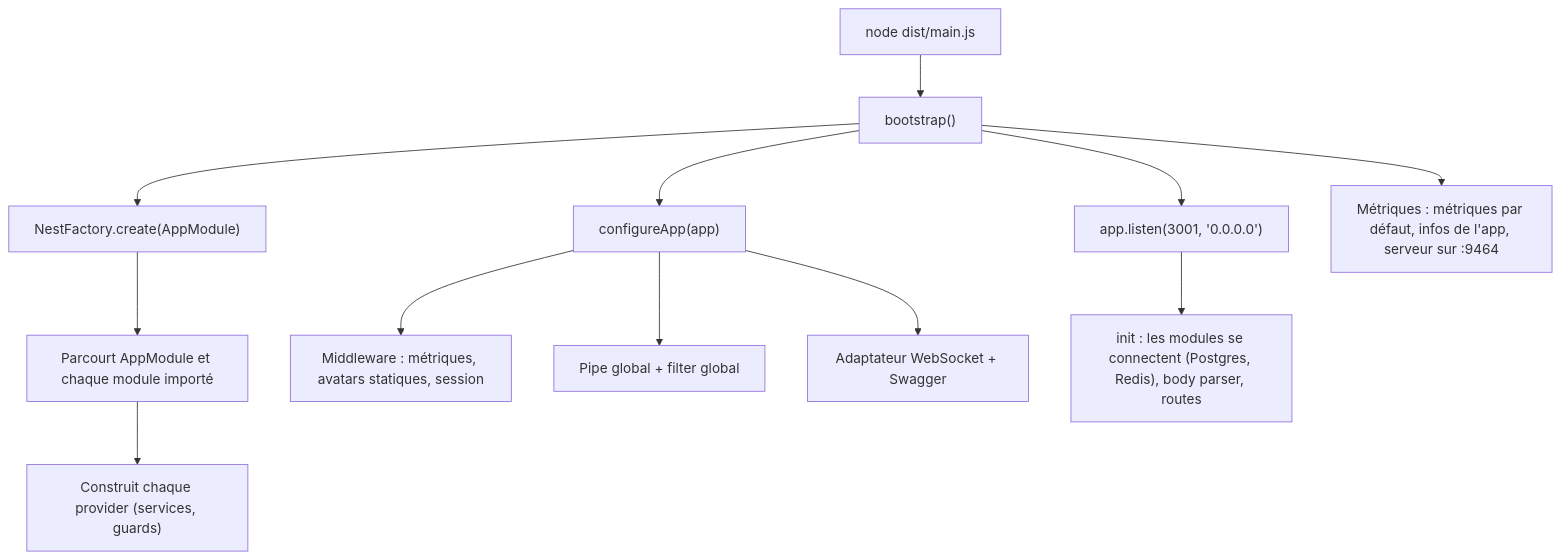
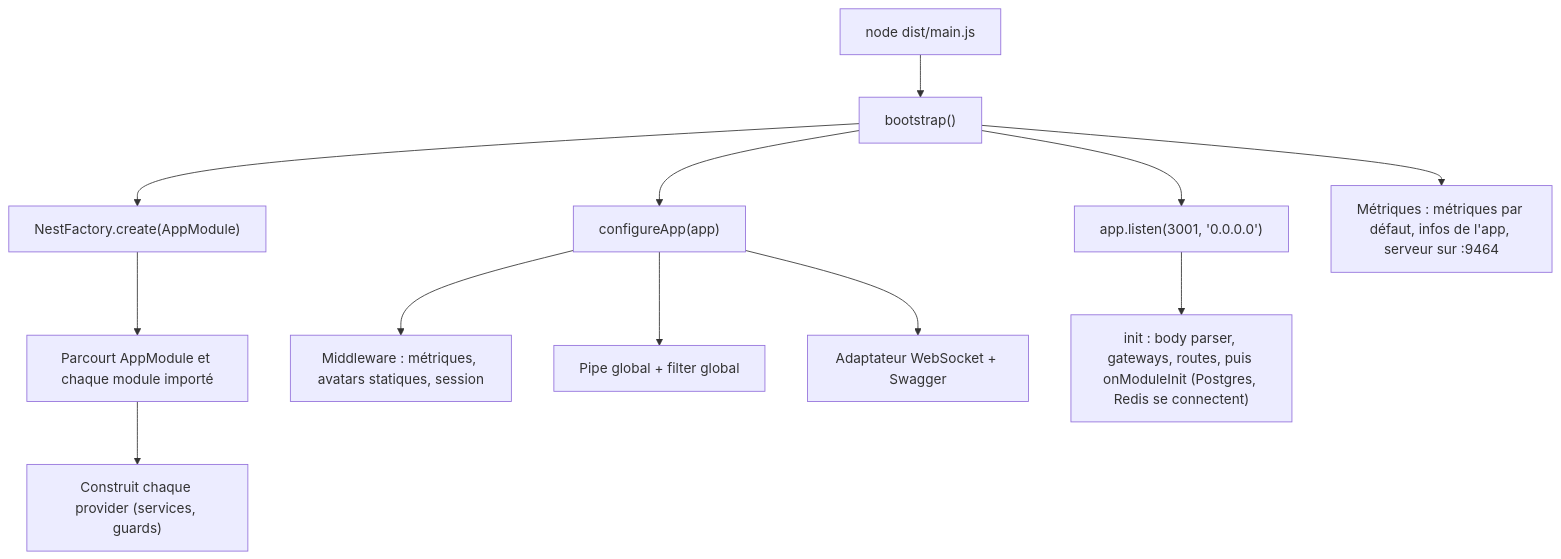
The first of 7 diagrams in docs-fr/api/02-boot-and-request-flow.md (VictorBro/ft_transcendence), drawn with Mermaid before and after one commit. The commit also changed other lines of this file and 86 other files, not shown here.

````diff
--- a/docs-fr/api/02-boot-and-request-flow.md
+++ b/docs-fr/api/02-boot-and-request-flow.md
@@ -21,14 +21,14 @@
 ```mermaid
 flowchart TD
     A["node dist/main.js"] --> B["bootstrap()"]
     B --> C["NestFactory.create(AppModule)"]
     C --> C1["Parcourt AppModule et chaque module importé"]
     C1 --> C2["Construit chaque provider (services, guards)"]
     B --> D["configureApp(app)"]
     D --> D1["Middleware : métriques, avatars statiques, session"]
     D --> D2["Pipe global + filter global"]
     D --> D3["Adaptateur WebSocket + Swagger"]
     B --> E["app.listen(3001, '0.0.0.0')"]
-    E --> E1["init : les modules se connectent (Postgres, Redis), body parser, routes"]
+    E --> E1["init : body parser, gateways, routes, puis onModuleInit (Postgres, Redis se connectent)"]
     B --> F["Métriques : métriques par défaut, infos de l'app, serveur sur :9464"]
 ```
````
